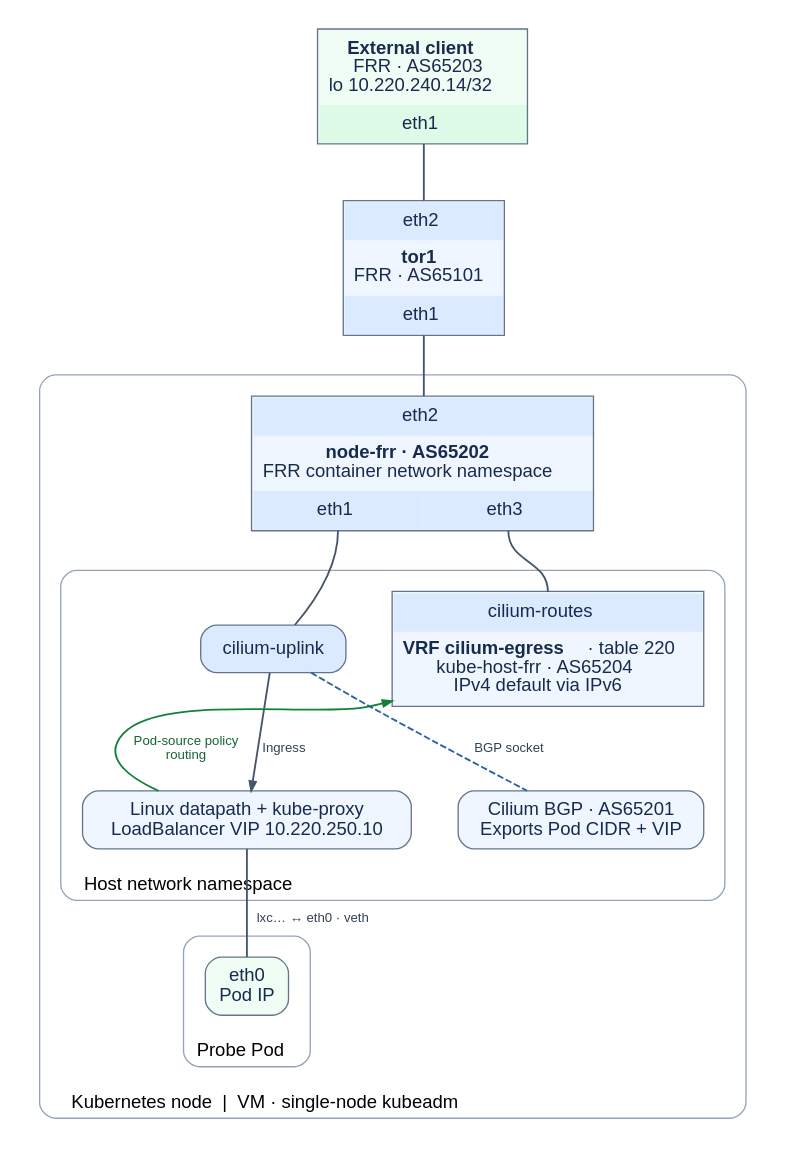
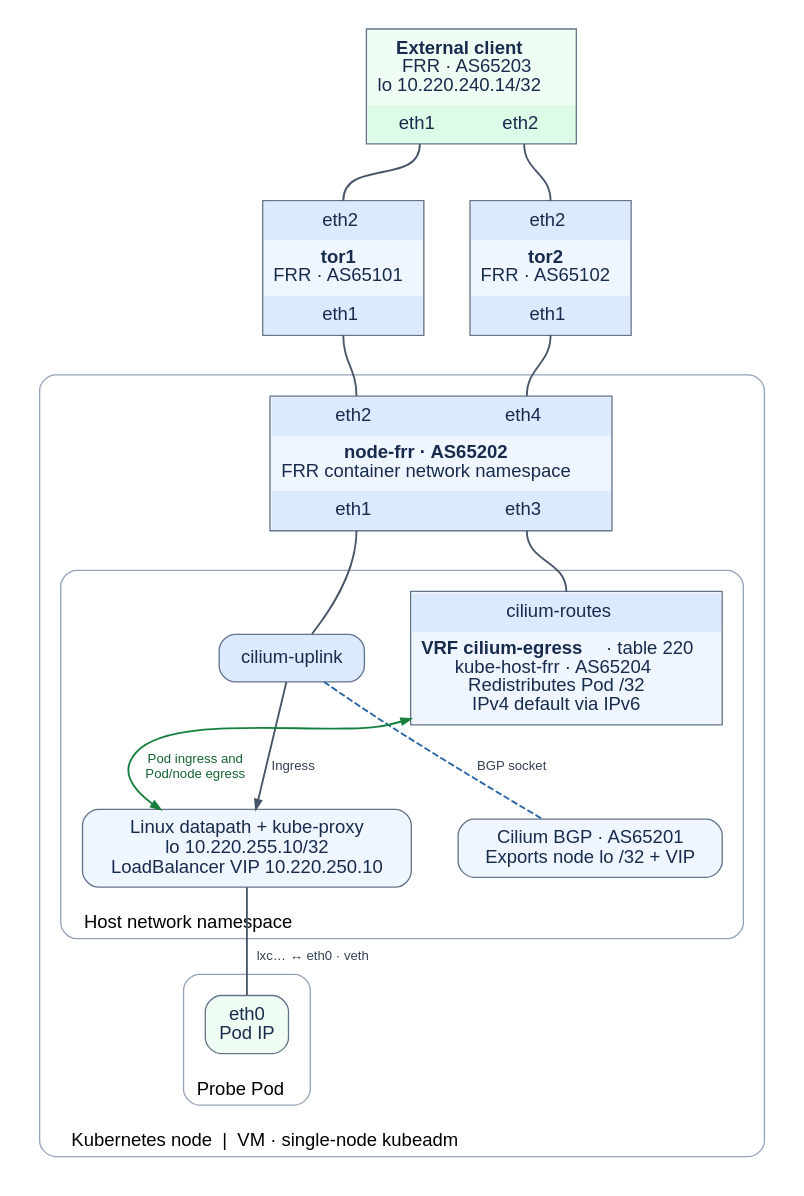
Before and after one commit to sugaf1204/infra-lab: the diagram in k8s-cilium-full-l3-bgp-on-the-host/network.dot, drawn with Graphviz. The commit also changed 34 other files, not shown here.

```diff
--- a/k8s-cilium-full-l3-bgp-on-the-host/network.dot
+++ b/k8s-cilium-full-l3-bgp-on-the-host/network.dot
@@ -1,58 +1,67 @@
 digraph cilium {
   graph [rankdir=TB, bgcolor="#ffffff", pad=0.2, nodesep=0.48, ranksep=0.58,
          fontname="Helvetica", newrank=true];
   node [shape=box, style="rounded,filled", fillcolor="#eff6ff", color="#64748b",
         fontname="Helvetica", fontcolor="#172b4d", margin="0.14,0.1"];
   edge [color="#475569", penwidth=1.4, fontname="Helvetica",
         fontcolor="#334155", fontsize=10, arrowsize=0.7];
 
   client [shape=plain, label=<
     <TABLE BORDER="1" CELLBORDER="0" CELLSPACING="0" CELLPADDING="7" COLOR="#64748b" BGCOLOR="#f0fdf4">
-      <TR><TD><B>External client</B><BR/>FRR · AS65203<BR/>lo 10.220.240.14/32</TD></TR>
-      <TR><TD PORT="eth1" BGCOLOR="#dcfce7">eth1</TD></TR>
+      <TR><TD COLSPAN="2"><B>External client</B><BR/>FRR · AS65203<BR/>lo 10.220.240.14/32</TD></TR>
+      <TR><TD PORT="eth1" BGCOLOR="#dcfce7">eth1</TD><TD PORT="eth2" BGCOLOR="#dcfce7">eth2</TD></TR>
     </TABLE>>];
-  tor [shape=plain, label=<
+  tor1 [shape=plain, label=<
     <TABLE BORDER="1" CELLBORDER="0" CELLSPACING="0" CELLPADDING="7" COLOR="#64748b" BGCOLOR="#eff6ff">
       <TR><TD PORT="eth2" BGCOLOR="#dbeafe">eth2</TD></TR>
       <TR><TD><B>tor1</B><BR/>FRR · AS65101</TD></TR>
       <TR><TD PORT="eth1" BGCOLOR="#dbeafe">eth1</TD></TR>
     </TABLE>>];
+  tor2 [shape=plain, label=<
+    <TABLE BORDER="1" CELLBORDER="0" CELLSPACING="0" CELLPADDING="7" COLOR="#64748b" BGCOLOR="#eff6ff">
+      <TR><TD PORT="eth2" BGCOLOR="#dbeafe">eth2</TD></TR>
+      <TR><TD><B>tor2</B><BR/>FRR · AS65102</TD></TR>
+      <TR><TD PORT="eth1" BGCOLOR="#dbeafe">eth1</TD></TR>
+    </TABLE>>];
+  {rank=same; tor1; tor2}
 
   subgraph cluster_node {
     label="Kubernetes node  |  VM · single-node kubeadm"; labeljust=l; labelloc=b;
     style=rounded; color="#94a3b8"; margin=16;
     router [shape=plain, label=<
       <TABLE BORDER="1" CELLBORDER="0" CELLSPACING="0" CELLPADDING="7" COLOR="#64748b" BGCOLOR="#eff6ff">
-        <TR><TD PORT="eth2" COLSPAN="2" BGCOLOR="#dbeafe">eth2</TD></TR>
+        <TR><TD PORT="eth2" BGCOLOR="#dbeafe">eth2</TD><TD PORT="eth4" BGCOLOR="#dbeafe">eth4</TD></TR>
         <TR><TD COLSPAN="2"><B>node-frr · AS65202</B><BR/>FRR container network namespace</TD></TR>
         <TR><TD PORT="eth1" BGCOLOR="#dbeafe">eth1</TD><TD PORT="eth3" BGCOLOR="#dbeafe">eth3</TD></TR>
       </TABLE>>];
 
     subgraph cluster_hostns {
       label="Host network namespace"; labeljust=l; labelloc=b; style=rounded; color="#94a3b8"; margin=16;
       uplink [label="cilium-uplink", fillcolor="#dbeafe"];
-      bgp [label="Cilium BGP · AS65201\nExports Pod CIDR + VIP"];
-      datapath [label="Linux datapath + kube-proxy\nLoadBalancer VIP 10.220.250.10"];
+      bgp [label="Cilium BGP · AS65201\nExports node lo /32 + VIP"];
+      datapath [label="Linux datapath + kube-proxy\nlo 10.220.255.10/32\nLoadBalancer VIP 10.220.250.10"];
       egress [shape=plain, label=<
         <TABLE BORDER="1" CELLBORDER="0" CELLSPACING="0" CELLPADDING="7" COLOR="#64748b" BGCOLOR="#eff6ff">
           <TR><TD PORT="routes" BGCOLOR="#dbeafe">cilium-routes</TD></TR>
-          <TR><TD><B>VRF cilium-egress</B> · table 220<BR/>kube-host-frr · AS65204<BR/>IPv4 default via IPv6</TD></TR>
+          <TR><TD><B>VRF cilium-egress</B> · table 220<BR/>kube-host-frr · AS65204<BR/>Redistributes Pod /32<BR/>IPv4 default via IPv6</TD></TR>
         </TABLE>>];
 
       uplink -> bgp [dir=none, color="#2563a5", style=dashed, label="BGP socket"];
       uplink -> datapath [label="Ingress"];
-      datapath -> egress [color="#15803d", fontcolor="#166534", label="  Pod-source policy\n  routing", constraint=false];
+      datapath -> egress [dir=both, color="#15803d", fontcolor="#166534", label="  Pod ingress and\n  Pod/node egress", constraint=false];
       {rank=same; uplink; egress}
       {rank=same; bgp; datapath}
     }
     subgraph cluster_pod {
       label="Probe Pod"; labelloc=b; style=rounded; color="#94a3b8";
       pod [label="eth0\nPod IP", fillcolor="#f0fdf4"];
     }
     router:eth1:s -> uplink [dir=none, color="#475569"];
     router:eth3:s -> egress:routes:n [dir=none, color="#475569"];
     datapath -> pod [dir=none, label="  lxc… ↔ eth0 · veth"];
   }
-  client:eth1:s -> tor:eth2:n [dir=none, color="#475569"];
-  tor:eth1:s -> router:eth2:n [dir=none, color="#475569"];
+  client:eth1:s -> tor1:eth2:n [dir=none];
+  client:eth2:s -> tor2:eth2:n [dir=none];
+  tor1:eth1:s -> router:eth2:n [dir=none];
+  tor2:eth1:s -> router:eth4:n [dir=none];
 }
```
